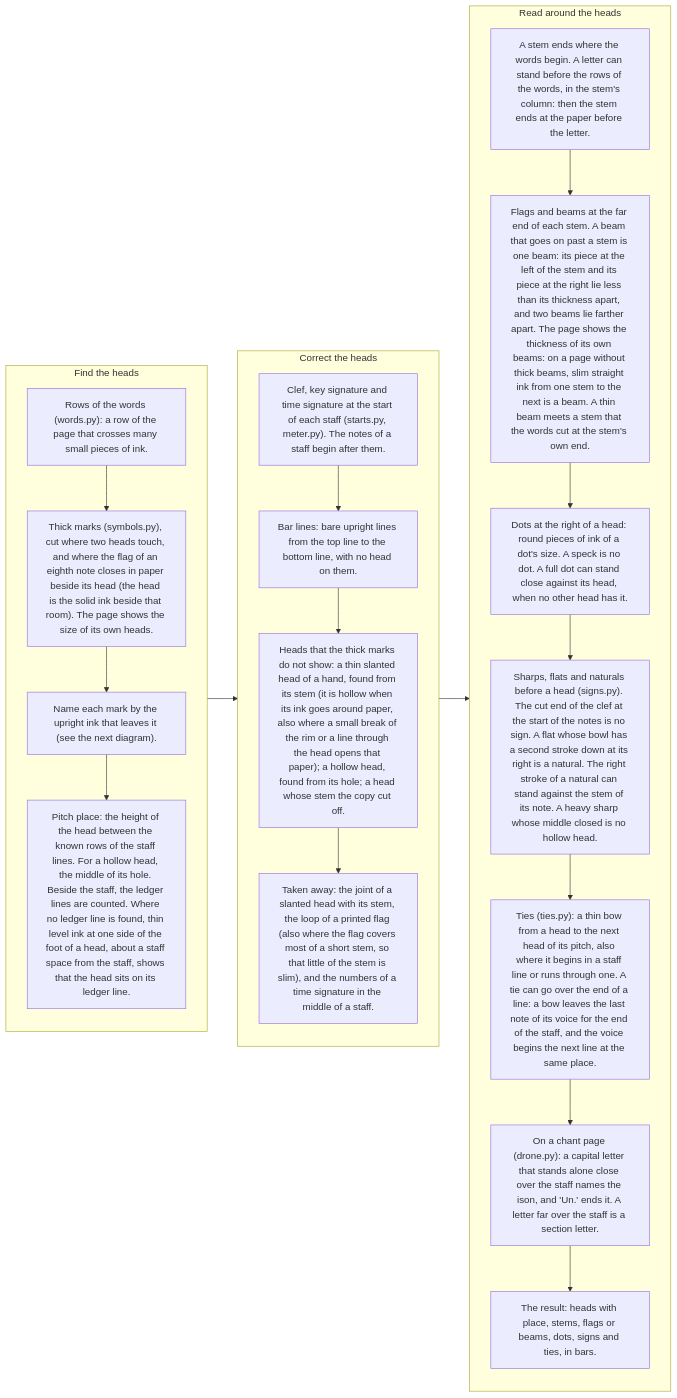
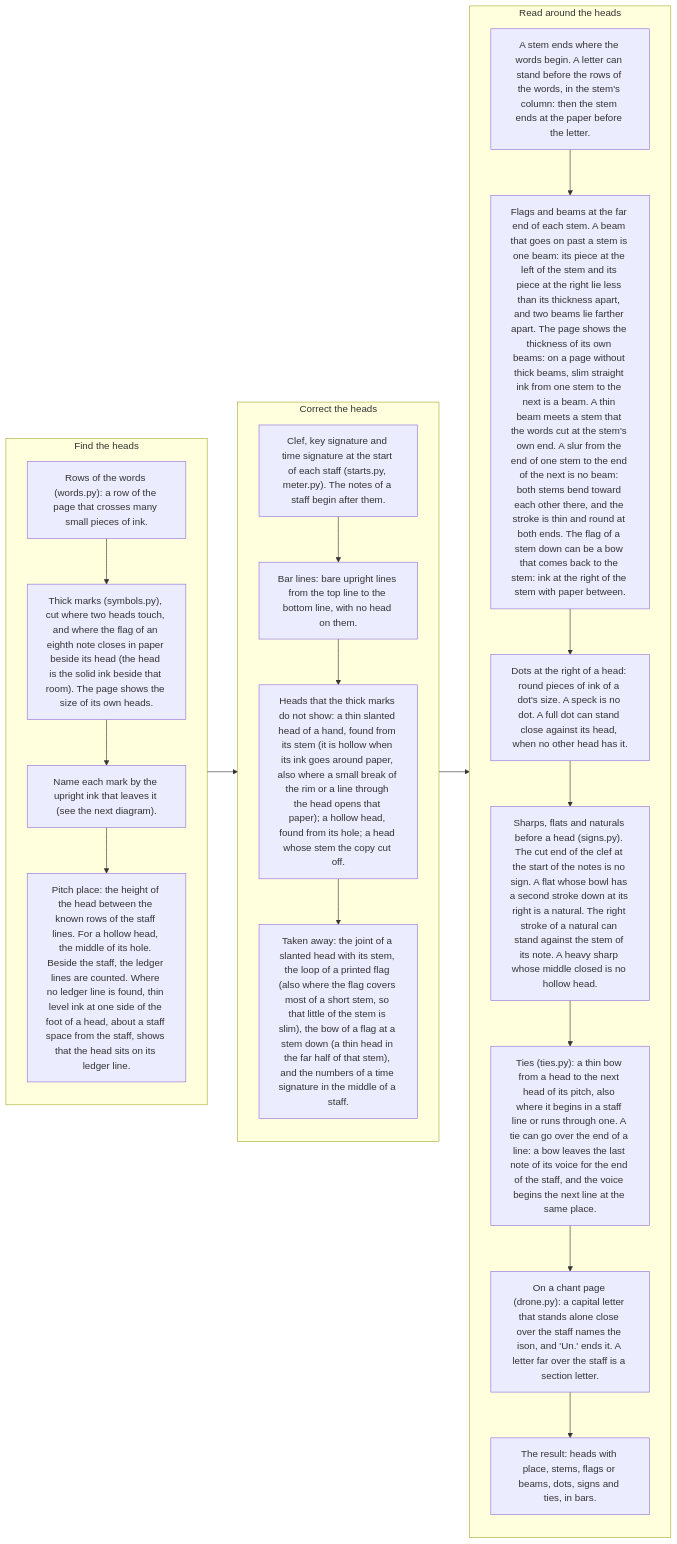
Before and after one commit to sweet-cicero/ScoreReader: the fourth of 12 diagrams in README.md, drawn with Mermaid. The commit also changed other lines of this file and 2 other files, not shown here.

First line of the commit message:
Notes: a flag drawn as a bow, a slur between two stem ends, a whole note beside a stem

````diff
--- a/README.md
+++ b/README.md
@@ -152,31 +152,31 @@
 ```mermaid
 flowchart LR
     subgraph find["Find the heads"]
         direction TB
         f0["Rows of the words (words.py): a row of the page that crosses many small pieces of ink."]
         f1["Thick marks (symbols.py), cut where two heads touch, and where the flag of an eighth note closes in paper beside its head (the head is the solid ink beside that room). The page shows the size of its own heads."]
         f2["Name each mark by the upright ink that leaves it (see the next diagram)."]
         f3["Pitch place: the height of the head between the known rows of the staff lines. For a hollow head, the middle of its hole. Beside the staff, the ledger lines are counted. Where no ledger line is found, thin level ink at one side of the foot of a head, about a staff space from the staff, shows that the head sits on its ledger line."]
         f0 --> f1 --> f2 --> f3
     end
     subgraph more["Correct the heads"]
         direction TB
         m1["Clef, key signature and time signature at the start of each staff (starts.py, meter.py). The notes of a staff begin after them."]
         m2["Bar lines: bare upright lines from the top line to the bottom line, with no head on them."]
         m3["Heads that the thick marks do not show: a thin slanted head of a hand, found from its stem (it is hollow when its ink goes around paper, also where a small break of the rim or a line through the head opens that paper); a hollow head, found from its hole; a head whose stem the copy cut off."]
-        m4["Taken away: the joint of a slanted head with its stem, the loop of a printed flag (also where the flag covers most of a short stem, so that little of the stem is slim), and the numbers of a time signature in the middle of a staff."]
+        m4["Taken away: the joint of a slanted head with its stem, the loop of a printed flag (also where the flag covers most of a short stem, so that little of the stem is slim), the bow of a flag at a stem down (a thin head in the far half of that stem), and the numbers of a time signature in the middle of a staff."]
         m1 --> m2 --> m3 --> m4
     end
     subgraph around["Read around the heads"]
         direction TB
         a1["A stem ends where the words begin. A letter can stand before the rows of the words, in the stem's column: then the stem ends at the paper before the letter."]
-        a2["Flags and beams at the far end of each stem. A beam that goes on past a stem is one beam: its piece at the left of the stem and its piece at the right lie less than its thickness apart, and two beams lie farther apart. The page shows the thickness of its own beams: on a page without thick beams, slim straight ink from one stem to the next is a beam. A thin beam meets a stem that the words cut at the stem's own end."]
+        a2["Flags and beams at the far end of each stem. A beam that goes on past a stem is one beam: its piece at the left of the stem and its piece at the right lie less than its thickness apart, and two beams lie farther apart. The page shows the thickness of its own beams: on a page without thick beams, slim straight ink from one stem to the next is a beam. A thin beam meets a stem that the words cut at the stem's own end. A slur from the end of one stem to the end of the next is no beam: both stems bend toward each other there, and the stroke is thin and round at both ends. The flag of a stem down can be a bow that comes back to the stem: ink at the right of the stem with paper between."]
         a3["Dots at the right of a head: round pieces of ink of a dot's size. A speck is no dot. A full dot can stand close against its head, when no other head has it."]
         a4["Sharps, flats and naturals before a head (signs.py). The cut end of the clef at the start of the notes is no sign. A flat whose bowl has a second stroke down at its right is a natural. The right stroke of a natural can stand against the stem of its note. A heavy sharp whose middle closed is no hollow head."]
         a5["Ties (ties.py): a thin bow from a head to the next head of its pitch, also where it begins in a staff line or runs through one. A tie can go over the end of a line: a bow leaves the last note of its voice for the end of the staff, and the voice begins the next line at the same place."]
         a6["On a chant page (drone.py): a capital letter that stands alone close over the staff names the ison, and 'Un.' ends it. A letter far over the staff is a section letter."]
         a7["The result: heads with place, stems, flags or beams, dots, signs and ties, in bars."]
         a1 --> a2 --> a3 --> a4 --> a5 --> a6 --> a7
     end
     find --> more --> around
 ```
````
